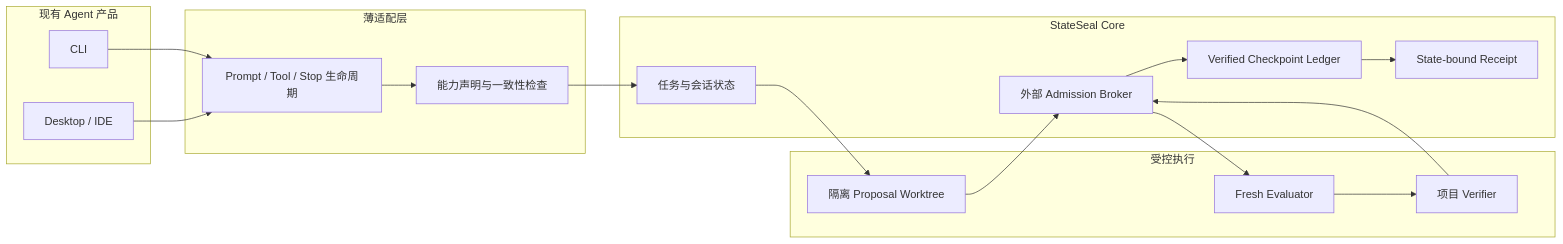
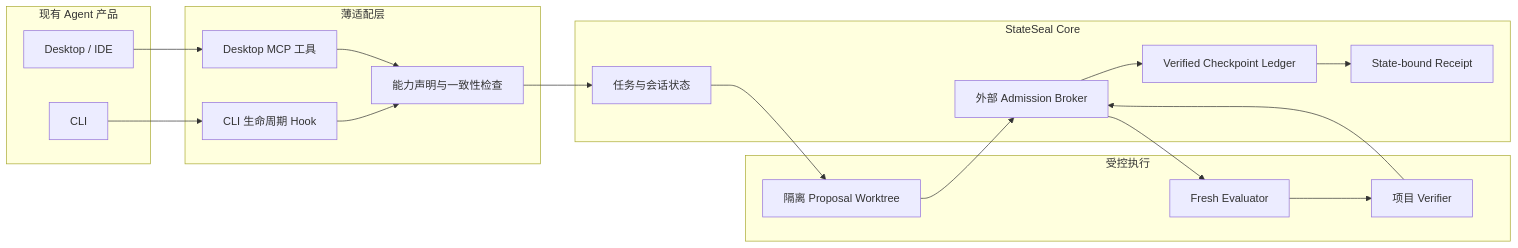
Before and after one commit to hellogxp/stateseal: the second of 2 diagrams in docs/product-map.zh-CN.md, drawn with Mermaid. The commit also changed other lines of this file and 7 other files, not shown here.

Commit message:
docs: document native Desktop approval flow

````diff
--- a/docs/product-map.zh-CN.md
+++ b/docs/product-map.zh-CN.md
@@ -31,32 +32,34 @@
 ```mermaid
 flowchart LR
     subgraph Agent["现有 Agent 产品"]
         CLI["CLI"]
         DESKTOP["Desktop / IDE"]
     end
 
     subgraph Adapter["薄适配层"]
-        EVENT["Prompt / Tool / Stop 生命周期"]
+        EVENT["CLI 生命周期 Hook"]
+        MCP["Desktop MCP 工具"]
         CONF["能力声明与一致性检查"]
     end
 
     subgraph Core["StateSeal Core"]
         SESSION["任务与会话状态"]
         BROKER["外部 Admission Broker"]
         CHECKPOINT["Verified Checkpoint Ledger"]
         RECEIPT["State-bound Receipt"]
     end
 
     subgraph Runtime["受控执行"]
         PROPOSAL["隔离 Proposal Worktree"]
         EVALUATOR["Fresh Evaluator"]
         VERIFIER["项目 Verifier"]
     end
 
     CLI --> EVENT
-    DESKTOP --> EVENT
+    DESKTOP --> MCP
+    MCP --> CONF
     EVENT --> CONF --> SESSION
     SESSION --> PROPOSAL --> BROKER
     BROKER --> EVALUATOR --> VERIFIER --> BROKER
     BROKER --> CHECKPOINT --> RECEIPT
 ```
````
